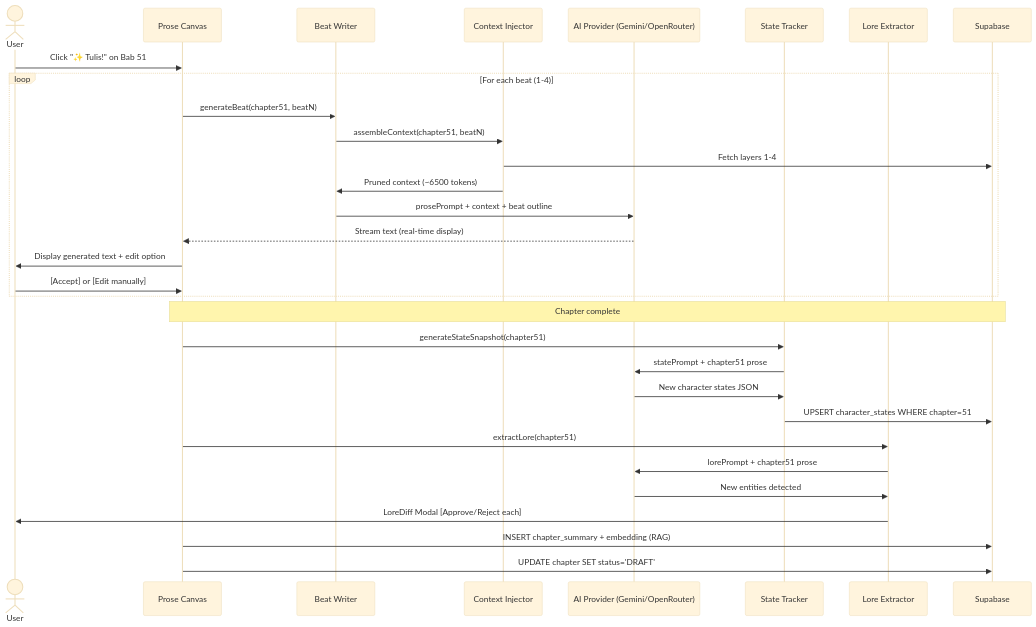
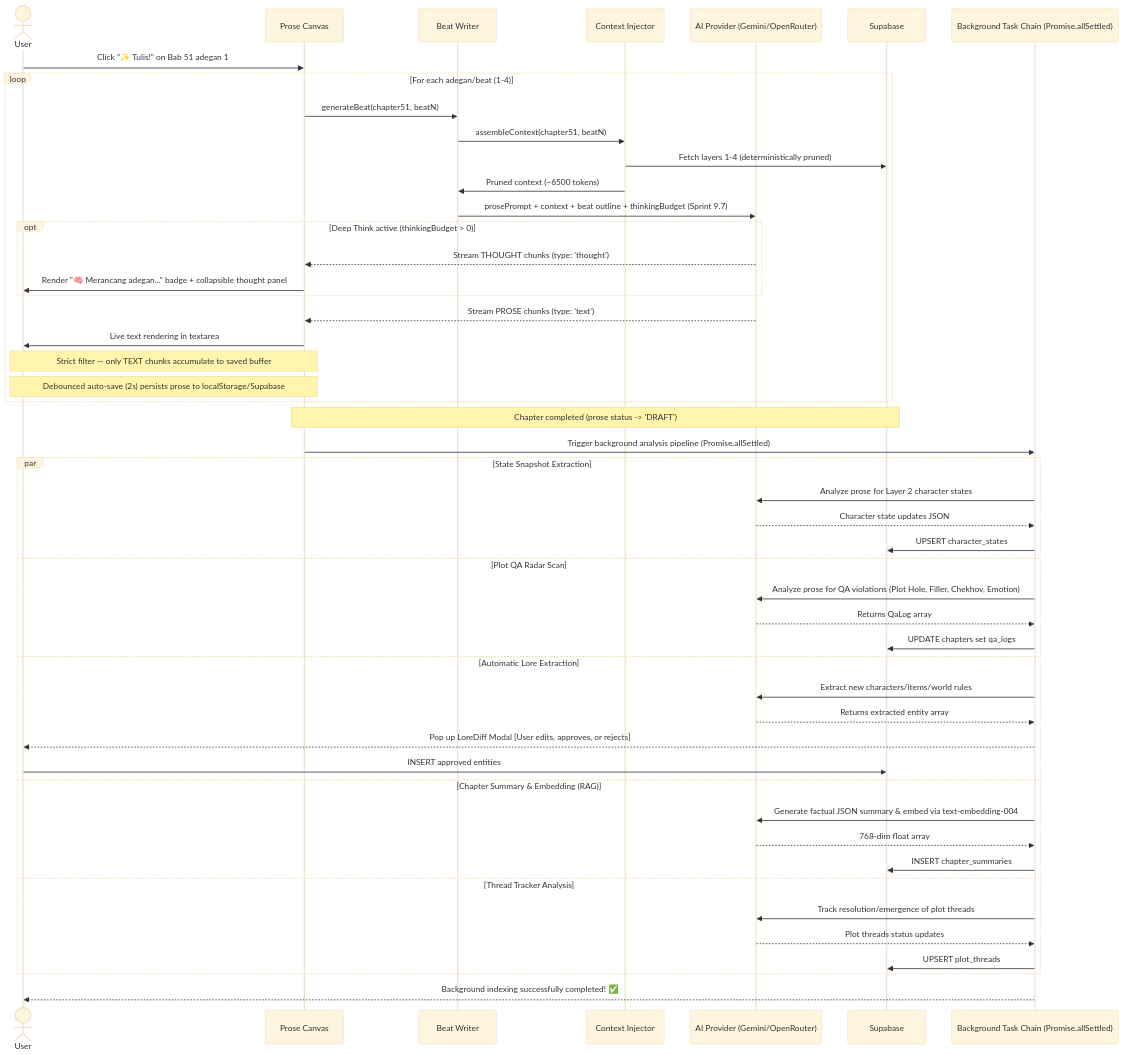
Before and after one commit to moxsenna/vibenovel: the sixth of 11 diagrams in architecture.md, drawn with Mermaid (base theme). The commit also changed other lines of this file and 43 other files, not shown here.

First line of the commit message:
feat: VibeNovel v2 — Sprint 9.6-9.8 (UX Polish, Deep Think, Deep Outline)

````diff
--- a/architecture.md
+++ b/architecture.md
@@ -522,41 +571,61 @@
 ```mermaid
 sequenceDiagram
     actor User
     participant Canvas as Prose Canvas
     participant BW as Beat Writer
     participant CI as Context Injector
     participant AI as AI Provider (Gemini/OpenRouter)
-    participant ST as State Tracker
-    participant LE as Lore Extractor
     participant DB as Supabase
+    participant BG as Background Task Chain (Promise.allSettled)
 
-    User->>Canvas: Click "✨ Tulis!" on Bab 51
+    User->>Canvas: Click "✨ Tulis!" on Bab 51 adegan 1
     
-    loop For each beat (1-4)
+    loop For each adegan/beat (1-4)
         Canvas->>BW: generateBeat(chapter51, beatN)
         BW->>CI: assembleContext(chapter51, beatN)
-        CI->>DB: Fetch layers 1-4
+        CI->>DB: Fetch layers 1-4 (deterministically pruned)
         CI->>BW: Pruned context (~6500 tokens)
         
-        BW->>AI: prosePrompt + context + beat outline
-        AI-->>Canvas: Stream text (real-time display)
+        BW->>AI: prosePrompt + context + beat outline + thinkingBudget (Sprint 9.7)
         
-        Canvas->>User: Display generated text + edit option
-        User->>Canvas: [Accept] or [Edit manually]
+        opt Deep Think active (thinkingBudget > 0)
+            AI-->>Canvas: Stream THOUGHT chunks (type: 'thought')
+            Canvas->>User: Render "🧠 Merancang adegan..." badge + collapsible thought panel
+        end
+        
+        AI-->>Canvas: Stream PROSE chunks (type: 'text')
+        Canvas->>User: Live text rendering in textarea
+        
+        Note over Canvas,User: Strict filter — only TEXT chunks accumulate to saved buffer
+        Note over Canvas,User: Debounced auto-save (2s) persists prose to localStorage/Supabase
     end
     
-    Note over Canvas,DB: Chapter complete
+    Note over Canvas,DB: Chapter completed (prose status -> 'DRAFT')
     
-    Canvas->>ST: generateStateSnapshot(chapter51)
-    ST->>AI: statePrompt + chapter51 prose
-    AI->>ST: New character states JSON
-    ST->>DB: UPSERT character_states WHERE chapter=51
+    Canvas->>BG: Trigger background analysis pipeline (Promise.allSettled)
     
-    Canvas->>LE: extractLore(chapter51)
-    LE->>AI: lorePrompt + chapter51 prose
-    AI->>LE: New entities detected
-    LE->>User: LoreDiff Modal [Approve/Reject each]
+    par State Snapshot Extraction
+        BG->>AI: Analyze prose for Layer 2 character states
+        AI-->>BG: Character state updates JSON
+        BG->>DB: UPSERT character_states
+    and Plot QA Radar Scan
+        BG->>AI: Analyze prose for QA violations (Plot Hole, Filler, Chekhov, Emotion)
+        AI-->>BG: Returns QaLog array
+        BG->>DB: UPDATE chapters set qa_logs
+    and Automatic Lore Extraction
+        BG->>AI: Extract new characters/items/world rules
+        AI-->>BG: Returns extracted entity array
+        BG-->>User: Pop up LoreDiff Modal [User edits, approves, or rejects]
+        User->>DB: INSERT approved entities
+    and Chapter Summary & Embedding (RAG)
+        BG->>AI: Generate factual JSON summary & embed via text-embedding-004
+        AI-->>BG: 768-dim float array
+        BG->>DB: INSERT chapter_summaries
+    and Thread Tracker Analysis
+        BG->>AI: Track resolution/emergence of plot threads
+        AI-->>BG: Plot threads status updates
+        BG->>DB: UPSERT plot_threads
+    end
     
-    Canvas->>DB: INSERT chapter_summary + embedding (RAG)
-    Canvas->>DB: UPDATE chapter SET status='DRAFT'
+    BG-->>User: Background indexing successfully completed! ✅
 ```
````
